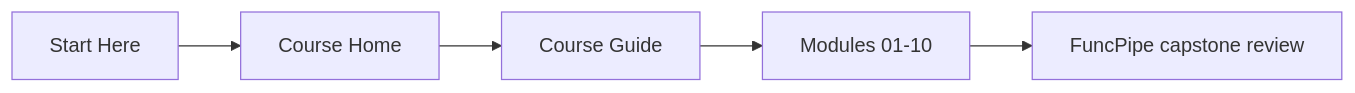
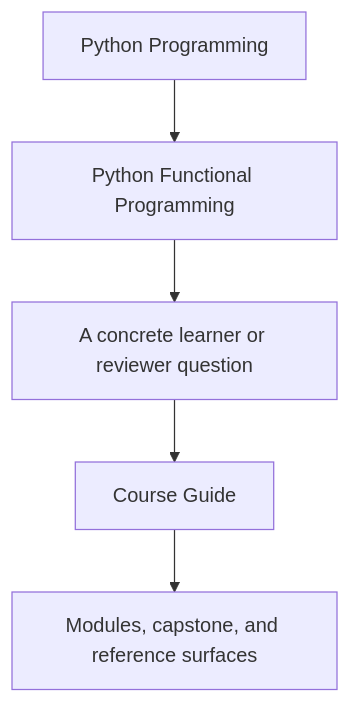
One commit to bijux/bijux-masterclass changed the first of 2 diagrams in programs/python-programming/python-functional-programming/course-book/guides/course-guide.md. Above: the diagram before and after it, drawn with Mermaid. The commit also changed other lines of this file and 23 other files, not shown here.

Commit message:
docs(python-functional-programming): sharpen guide and reference diagrams

````diff
--- a/programs/python-programming/python-functional-programming/course-book/guides/course-guide.md
+++ b/programs/python-programming/python-functional-programming/course-book/guides/course-guide.md
@@ -7,7 +7,7 @@
 ```mermaid
-graph LR
-  start["Start Here"] --> home["Course Home"]
-  home --> guide["Course Guide"]
-  guide --> modules["Modules 01-10"]
-  modules --> capstone["FuncPipe capstone review"]
+flowchart TD
+  family["Python Programming"] --> program["Python Functional Programming"]
+  program --> pressure["A concrete learner or reviewer question"]
+  pressure --> guide["Course Guide"]
+  guide --> next["Modules, capstone, and reference surfaces"]
 ```
````
